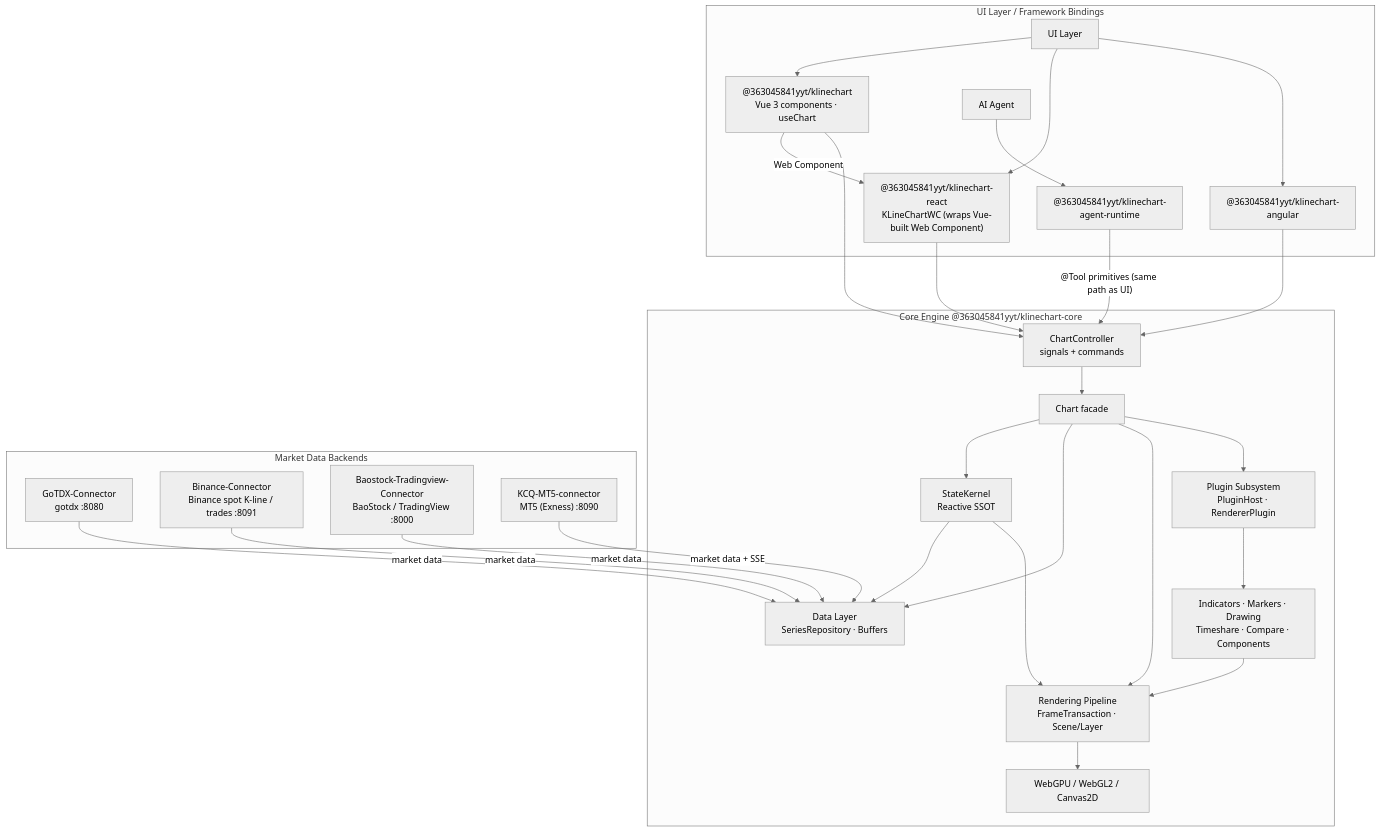
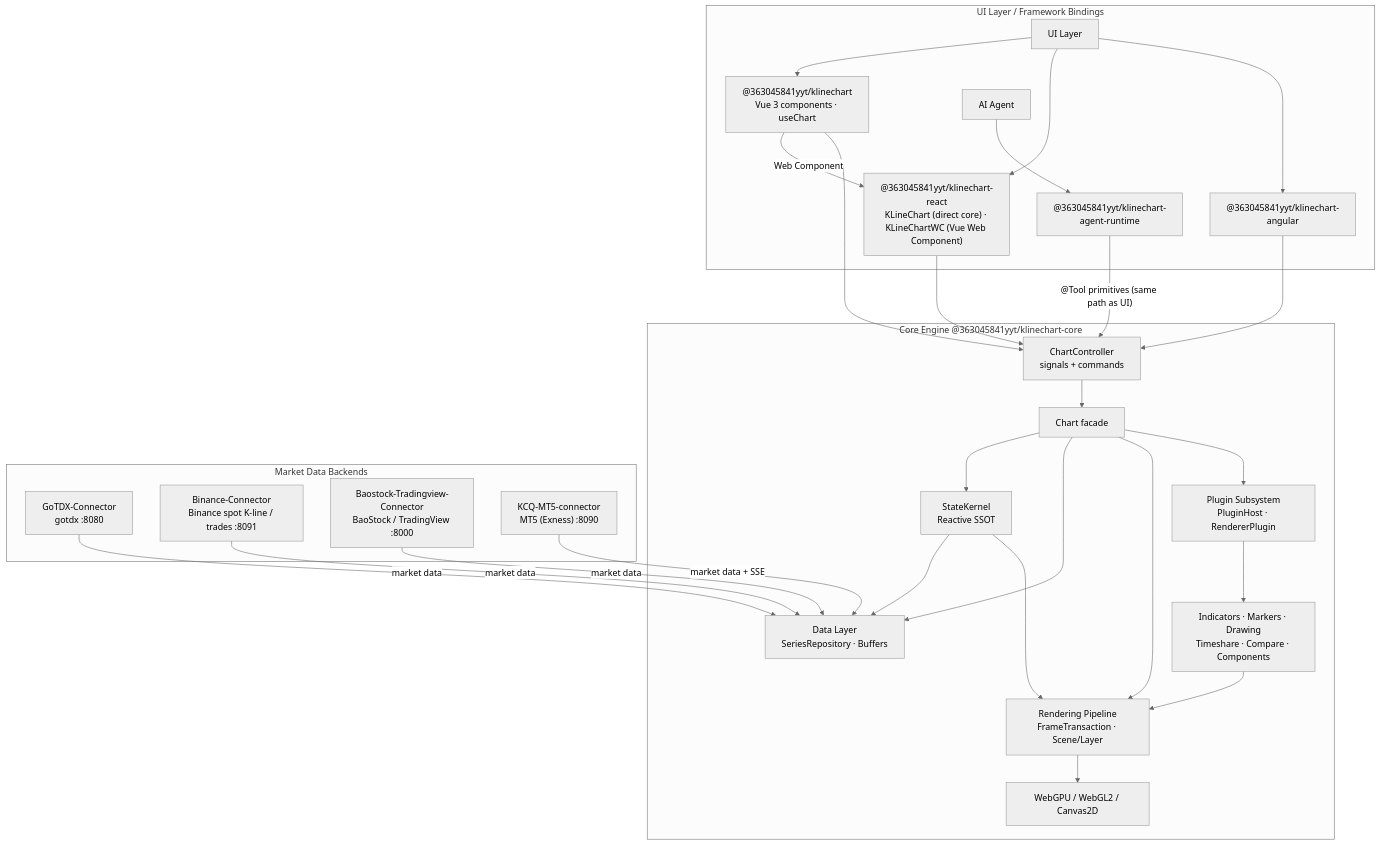
Before and after one commit to 363045841/KLineChartQuant: the diagram in README.md, drawn with Mermaid (neutral theme). The commit also changed other lines of this file and 307 other files, not shown here.

````diff
--- a/README.md
+++ b/README.md
@@ -75,53 +75,53 @@
 ```mermaid
 flowchart TB
     subgraph app["UI Layer / Framework Bindings"]
         UI["UI Layer"]
         VuePkg["@363045841yyt/klinechart<br/>Vue 3 components · useChart"]
-        ReactPkg["@363045841yyt/klinechart-react<br/>KLineChartWC (wraps Vue-built Web Component)"]
+        ReactPkg["@363045841yyt/klinechart-react<br/>KLineChart (direct core) · KLineChartWC (Vue Web Component)"]
         AngularPkg["@363045841yyt/klinechart-angular"]
         Agent["AI Agent"]
         AgentRt["@363045841yyt/klinechart-agent-runtime"]
     end
 
     subgraph core["Core Engine @363045841yyt/klinechart-core"]
         Ctl["ChartController<br/>signals + commands"]
         Chart["Chart facade"]
         Kernel["StateKernel<br/>Reactive SSOT"]
         Data["Data Layer<br/>SeriesRepository · Buffers"]
         Pipe["Rendering Pipeline<br/>FrameTransaction · Scene/Layer"]
         GPU["WebGPU / WebGL2 / Canvas2D"]
         Plugin["Plugin Subsystem<br/>PluginHost · RendererPlugin"]
         Biz["Indicators · Markers · Drawing<br/>Timeshare · Compare · Components"]
     end
 
     subgraph conn["Market Data Backends"]
         Go["GoTDX-Connector<br/>gotdx :8080"]
         Bn["Binance-Connector<br/>Binance spot K-line / trades :8091"]
         Bs["Baostock-Tradingview-Connector<br/>BaoStock / TradingView :8000"]
         Mt["KCQ-MT5-connector<br/>MT5 (Exness) :8090"]
     end
 
     UI --> VuePkg
     UI --> ReactPkg
     UI --> AngularPkg
     VuePkg -->|"Web Component"| ReactPkg
     Agent --> AgentRt
     VuePkg --> Ctl
     ReactPkg --> Ctl
     AngularPkg --> Ctl
     AgentRt -->|"@Tool primitives (same path as UI)"| Ctl
     Ctl --> Chart
     Chart --> Kernel
     Chart --> Data
     Chart --> Pipe
     Chart --> Plugin
     Plugin --> Biz
     Biz --> Pipe
     Pipe --> GPU
     Go -->|market data| Data
     Bn -->|market data| Data
     Bs -->|market data| Data
     Mt -->|"market data + SSE"| Data
     Kernel --> Data
     Kernel --> Pipe
 ```
````
